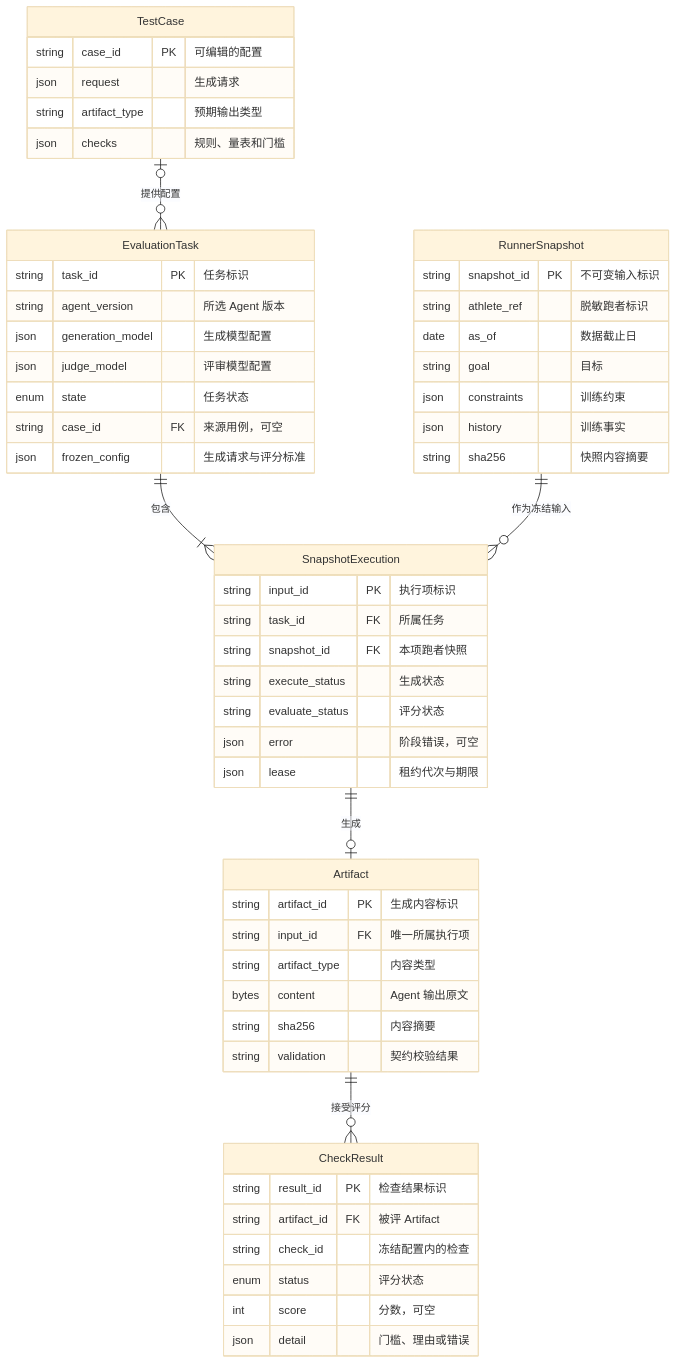
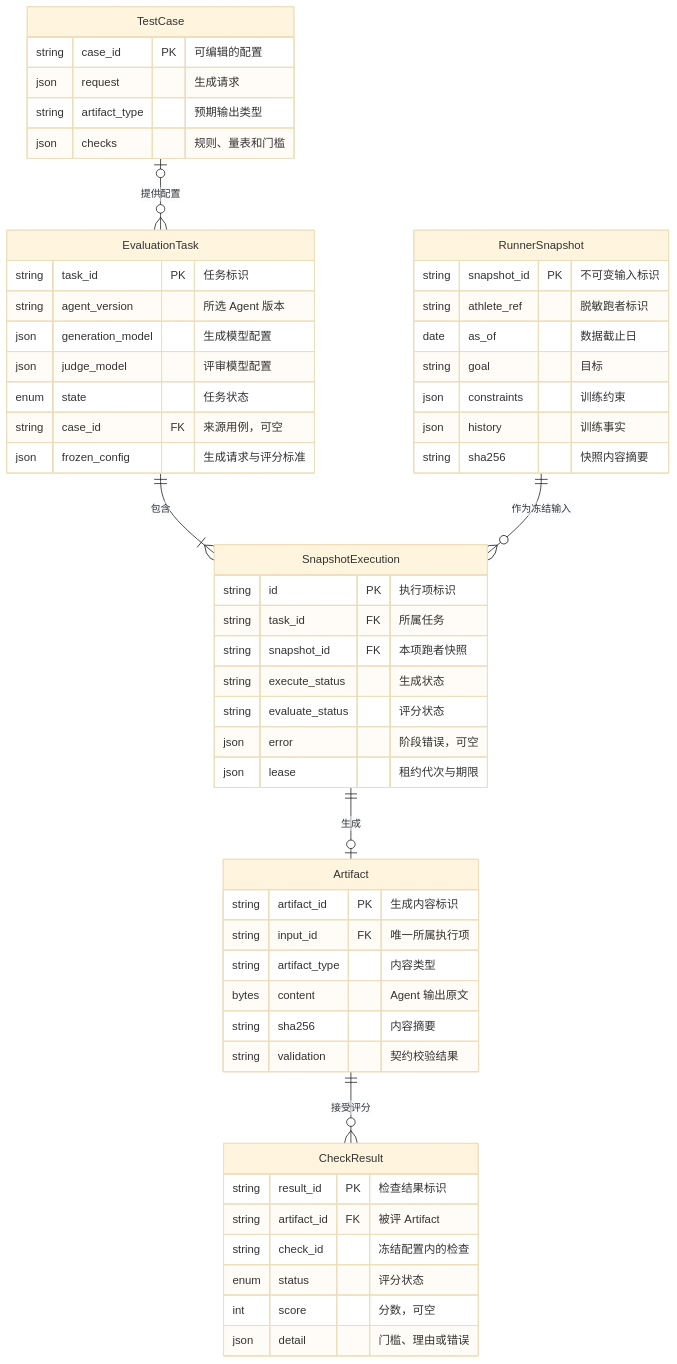
Before and after one commit to zhaochy1990/running: the second of 2 diagrams in docs/superpowers/specs/2026-11-23-offline-plan-eval.md, drawn with Mermaid (base theme). The commit also changed other lines of this file and 1 other file, not shown here.

````diff
--- a/docs/superpowers/specs/2026-11-23-offline-plan-eval.md
+++ b/docs/superpowers/specs/2026-11-23-offline-plan-eval.md
@@ -216,57 +216,57 @@
 ```mermaid
 erDiagram
     TestCase {
         string case_id PK "可编辑的配置"
         json request "生成请求"
         string artifact_type "预期输出类型"
         json checks "规则、量表和门槛"
     }
     RunnerSnapshot {
         string snapshot_id PK "不可变输入标识"
         string athlete_ref "脱敏跑者标识"
         date as_of "数据截止日"
         string goal "目标"
         json constraints "训练约束"
         json history "训练事实"
         string sha256 "快照内容摘要"
     }
     Artifact {
         string artifact_id PK "生成内容标识"
         string input_id FK "唯一所属执行项"
         string artifact_type "内容类型"
         bytes content "Agent 输出原文"
         string sha256 "内容摘要"
         string validation "契约校验结果"
     }
     SnapshotExecution {
-        string input_id PK "执行项标识"
+        string id PK "执行项标识"
         string task_id FK "所属任务"
         string snapshot_id FK "本项跑者快照"
         string execute_status "生成状态"
         string evaluate_status "评分状态"
         json error "阶段错误，可空"
         json lease "租约代次与期限"
     }
     EvaluationTask {
         string task_id PK "任务标识"
         string agent_version "所选 Agent 版本"
         json generation_model "生成模型配置"
         json judge_model "评审模型配置"
         enum state "任务状态"
         string case_id FK "来源用例，可空"
         json frozen_config "生成请求与评分标准"
     }
     CheckResult {
         string result_id PK "检查结果标识"
         string artifact_id FK "被评 Artifact"
         string check_id "冻结配置内的检查"
         enum status "评分状态"
         int score "分数，可空"
         json detail "门槛、理由或错误"
     }
     EvaluationTask ||--|{ SnapshotExecution : "包含"
     RunnerSnapshot ||--o{ SnapshotExecution : "作为冻结输入"
     SnapshotExecution ||--o| Artifact : "生成"
     Artifact ||--o{ CheckResult : "接受评分"
     TestCase |o--o{ EvaluationTask : "提供配置"
 ```
````
